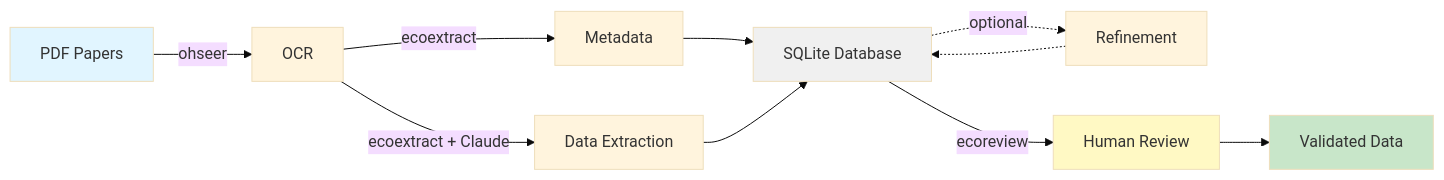
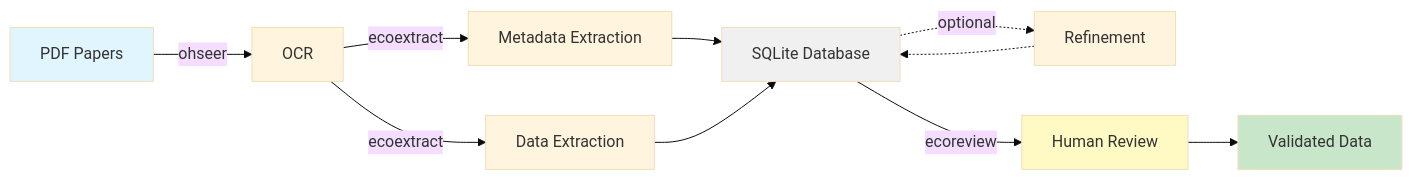
Before and after one commit to n8layman/ecoextract: the diagram in README.md, drawn with Mermaid (base theme).

Commit message:
docs: fix pipeline diagram labels

````diff
--- a/README.md
+++ b/README.md
@@ -9,17 +9,17 @@
 ```mermaid
 graph LR
     A[PDF Papers] -->|ohseer| B[OCR]
-    B -->|ecoextract| C[Metadata]
-    B -->|ecoextract + Claude| D[Data Extraction]
+    B -->|ecoextract| C[Metadata Extraction]
+    B -->|ecoextract| D[Data Extraction]
     C --> E[SQLite Database]
     D --> E
     E -.->|optional| F[Refinement]
     F -.-> E
     E -->|ecoreview| G[Human Review]
     G --> H[Validated Data]
 
     style A fill:#e1f5ff
     style H fill:#c8e6c9
     style G fill:#fff9c4
     style E fill:#f0f0f0
 ```
````
